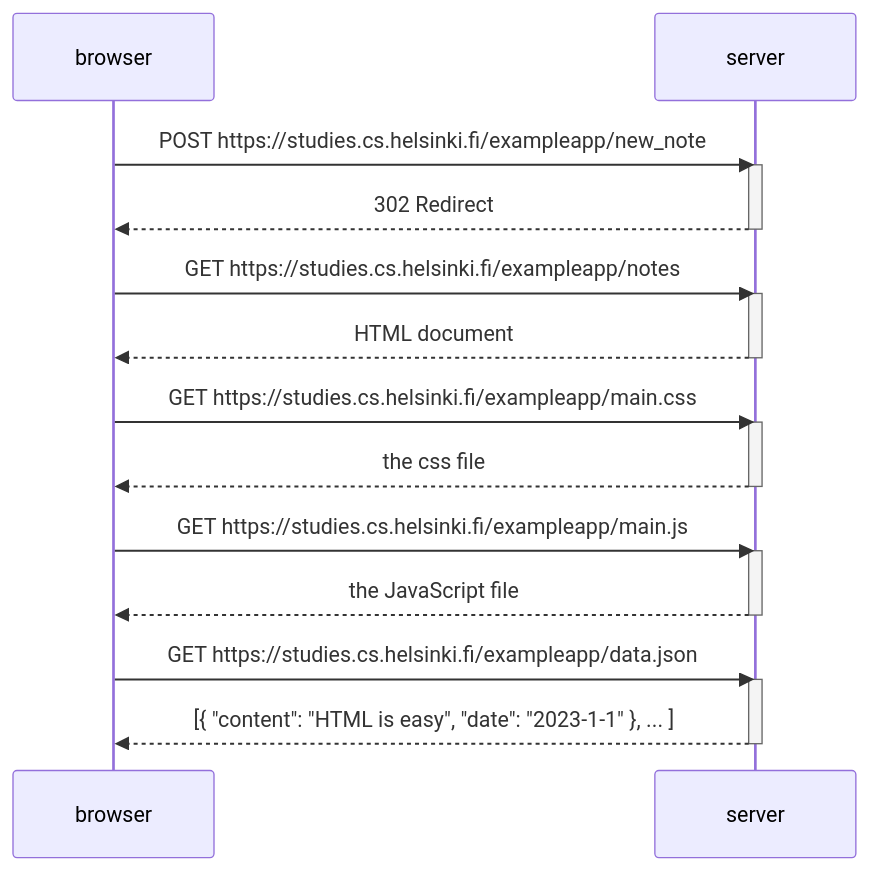
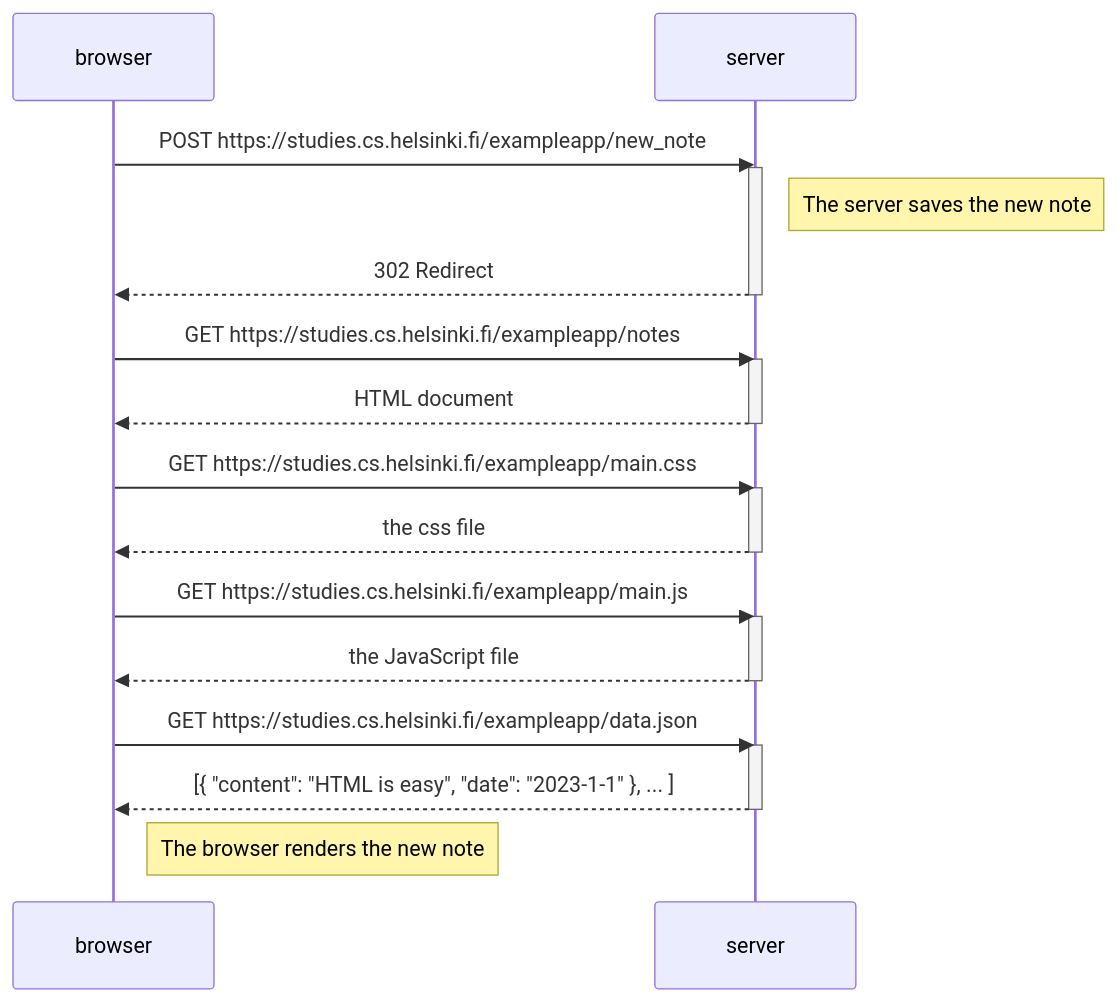
One commit to linneahaapio/part0 changed the diagram in 0_4.md. Above: the diagram before and after it, drawn with Mermaid. The commit also changed 2 other files, not shown here.

Commit message:
Part 0 comments

````diff
--- a/0_4.md
+++ b/0_4.md
@@ -1,32 +1,37 @@
 ```mermaid
 
 sequenceDiagram
     participant browser
     participant server
 
     browser->>server: POST https://studies.cs.helsinki.fi/exampleapp/new_note
     activate server
+
+    Note right of server: The server saves the new note
+    
     server-->>browser: 302 Redirect
     deactivate server
 
     browser->>server: GET https://studies.cs.helsinki.fi/exampleapp/notes
     activate server
     server-->>browser: HTML document
     deactivate server
 
     browser->>server: GET https://studies.cs.helsinki.fi/exampleapp/main.css
     activate server
     server-->>browser: the css file
     deactivate server
 
     browser->>server: GET https://studies.cs.helsinki.fi/exampleapp/main.js
     activate server
     server-->>browser: the JavaScript file
     deactivate server
 
     browser->>server: GET https://studies.cs.helsinki.fi/exampleapp/data.json
     activate server
     server-->>browser: [{ "content": "HTML is easy", "date": "2023-1-1" }, ... ]
     deactivate server
 
+    Note right of browser: The browser renders the new note
+
 ```
````
